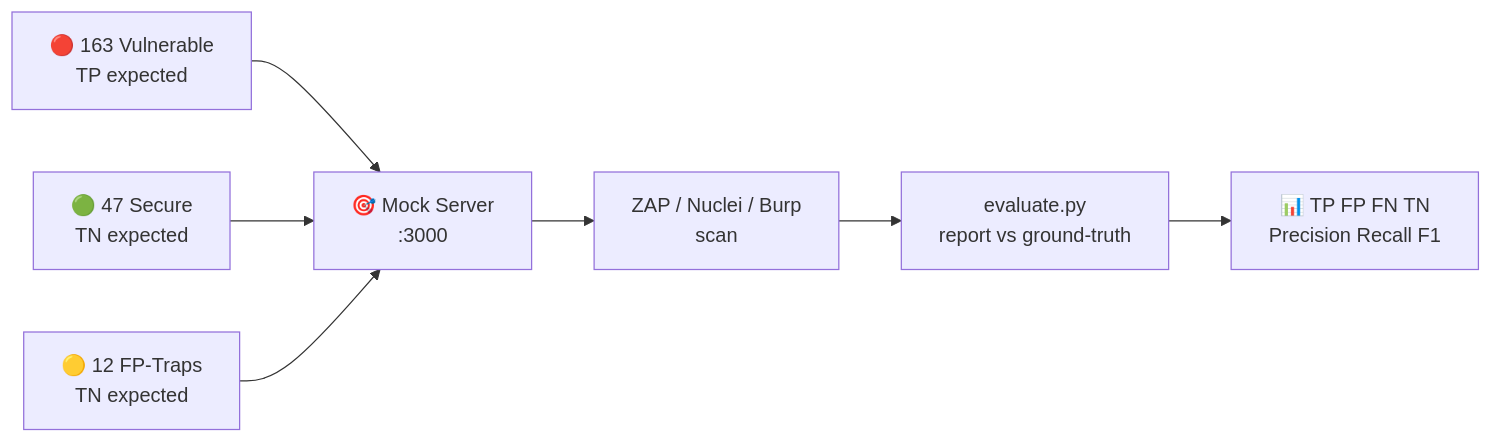
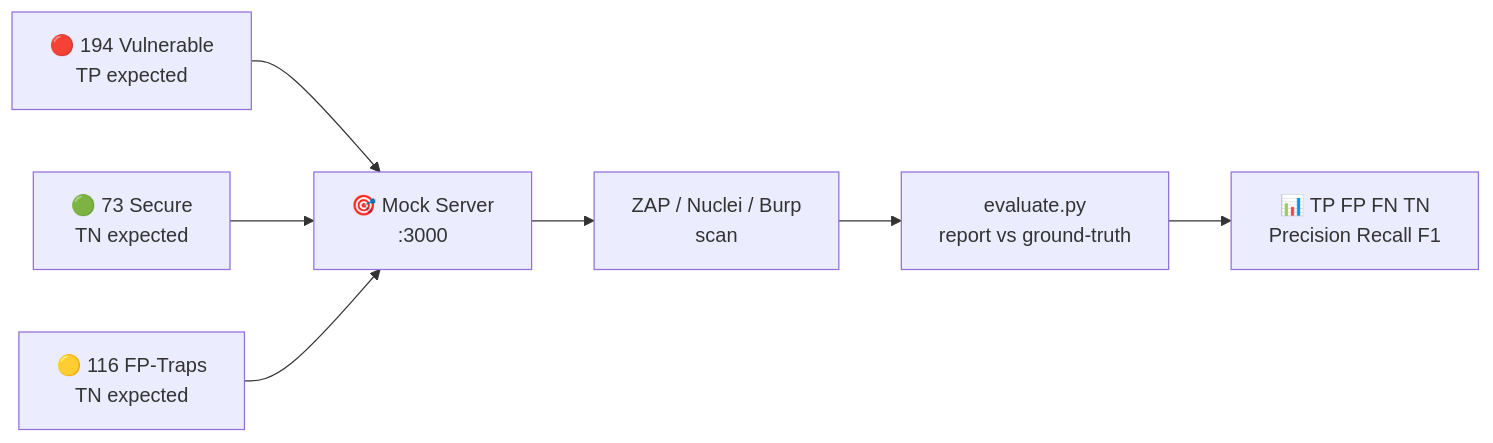
The diagram in README.md (Pentexa/dast-benchmark-lab), drawn with Mermaid before and after one commit. The commit also changed other lines of this file and 5 other files, not shown here.

````diff
--- a/README.md
+++ b/README.md
@@ -41,9 +42,9 @@
 ```mermaid
 flowchart LR
-    A[🔴 163 Vulnerable\nTP expected] --> S[🎯 Mock Server\n:3000]
-    B[🟢 47 Secure\nTN expected] --> S
-    C[🟡 12 FP-Traps\nTN expected] --> S
+    A[🔴 194 Vulnerable\nTP expected] --> S[🎯 Mock Server\n:3000]
+    B[🟢 73 Secure\nTN expected] --> S
+    C[🟡 116 FP-Traps\nTN expected] --> S
     S --> D[ZAP / Nuclei / Burp\nscan]
     D --> E[evaluate.py\nreport vs ground-truth]
     E --> F[📊 TP FP FN TN\nPrecision Recall F1]
 ```
````
